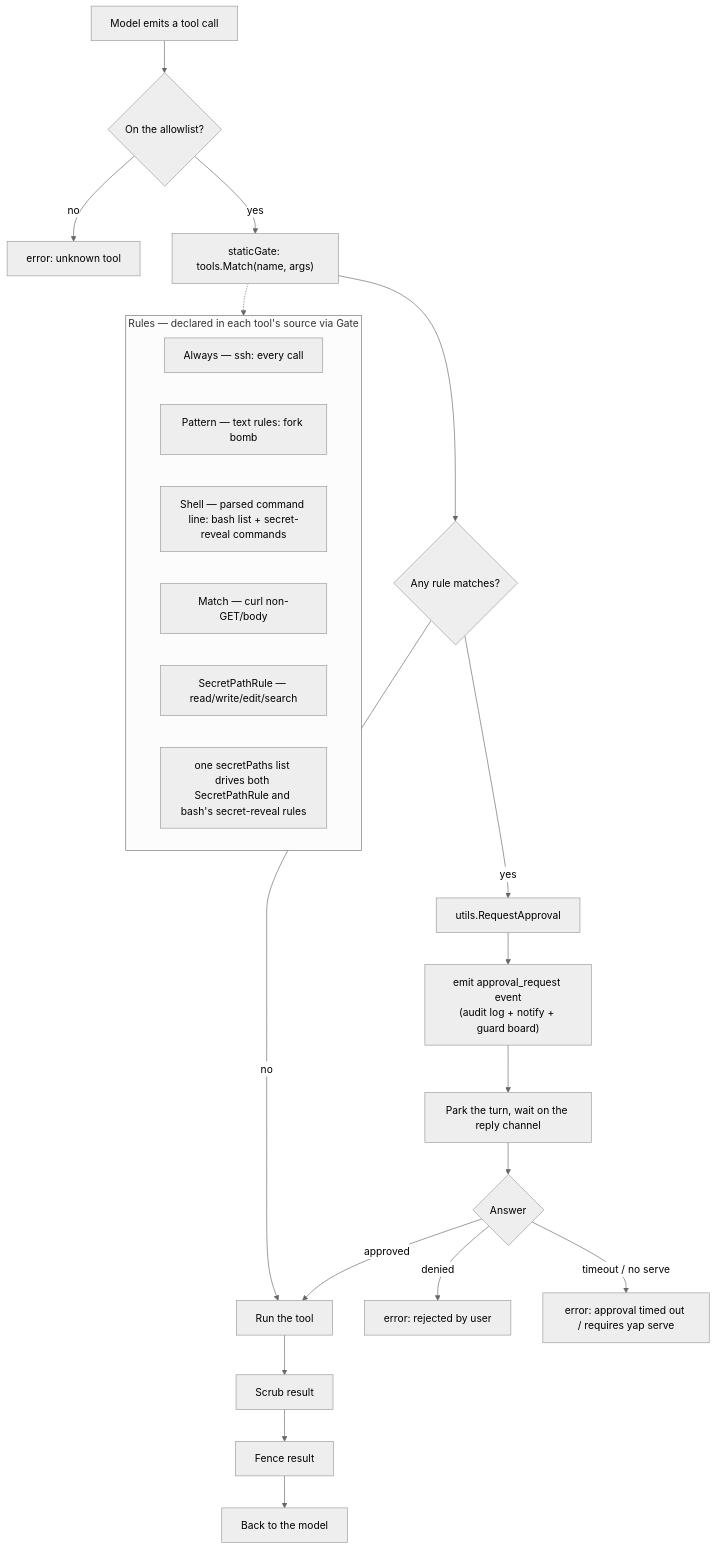
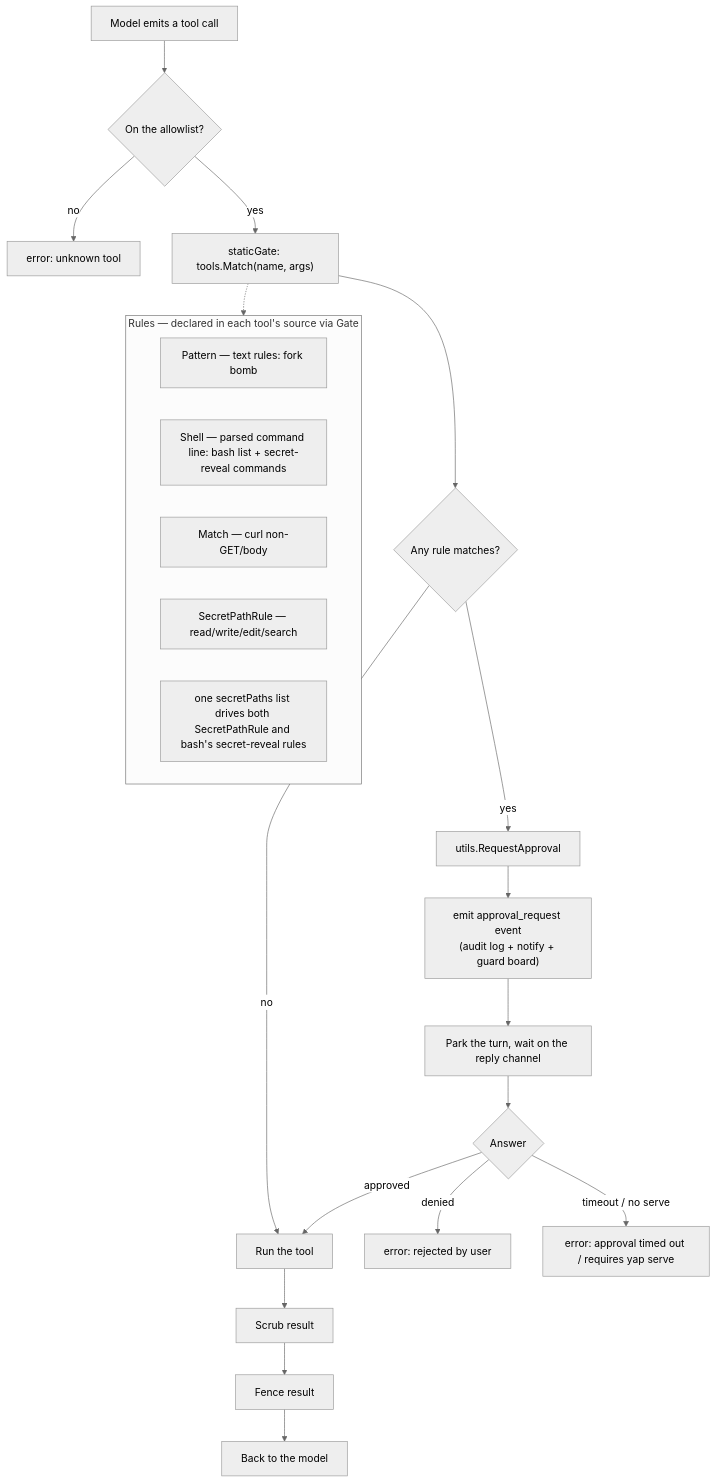
One commit to noisesfromspace/yap changed the second of 3 diagrams in CONTRIBUTING.md. Above: the diagram before and after it, drawn with Mermaid (neutral theme). The commit also changed other lines of this file and 26 other files, not shown here.

````diff
--- a/CONTRIBUTING.md
+++ b/CONTRIBUTING.md
@@ -468,29 +466,28 @@
 ```mermaid
 flowchart TD
     A[Model emits a tool call] --> B{On the allowlist?}
     B -- no --> E1["error: unknown tool"]
     B -- yes --> C["staticGate: tools.Match(name, args)"]
 
     C --> D{Any rule matches?}
     D -- no --> R[Run the tool]
     D -- yes --> G[utils.RequestApproval]
 
     G --> G1["emit approval_request event<br/>(audit log + notify + guard board)"]
     G1 --> G2[Park the turn, wait on the reply channel]
     G2 --> A1{Answer}
     A1 -- approved --> R
     A1 -- denied --> E2["error: <tool> rejected by user"]
     A1 -- timeout / no serve --> E3["error: approval timed out / requires yap serve"]
 
     R --> S[Scrub result] --> F[Fence result] --> M[Back to the model]
 
     subgraph Rules[Rules — declared in each tool's source via Gate]
-        RL[Always — ssh: every call]
         RP[Pattern — text rules: fork bomb]
         RSh["Shell — parsed command line: bash list + secret-reveal commands"]
         RF[Match — curl non-GET/body]
         RS[SecretPathRule — read/write/edit/search]
         RS2["one secretPaths list drives both SecretPathRule and bash's secret-reveal rules"]
     end
     C -.-> Rules
 ```
````
